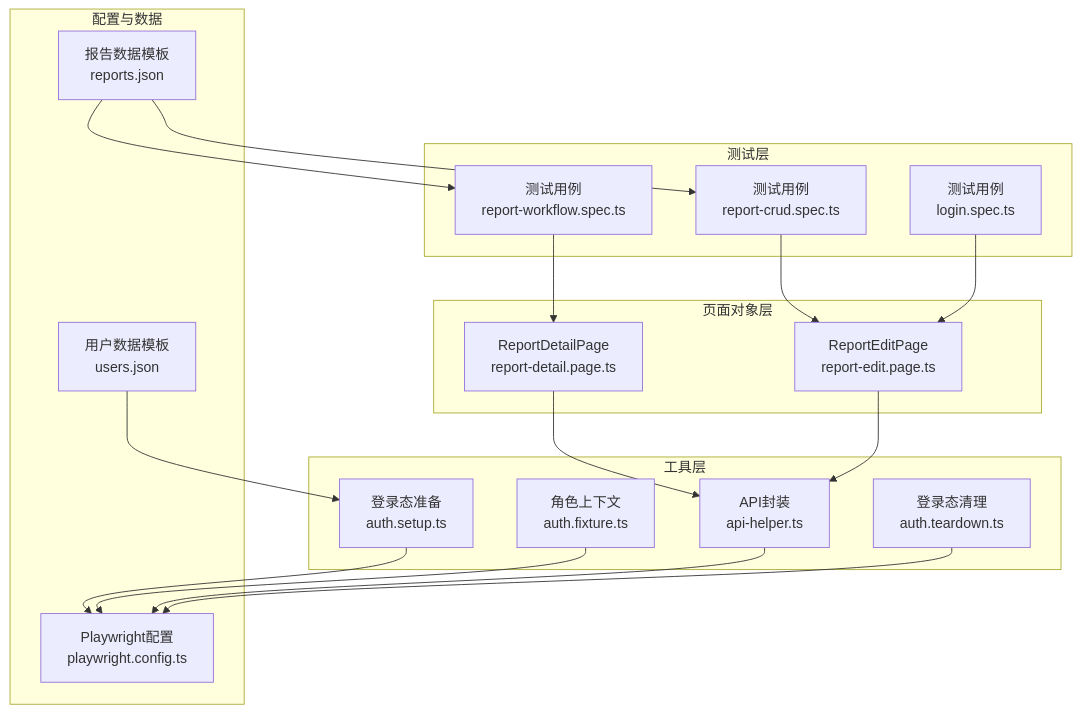
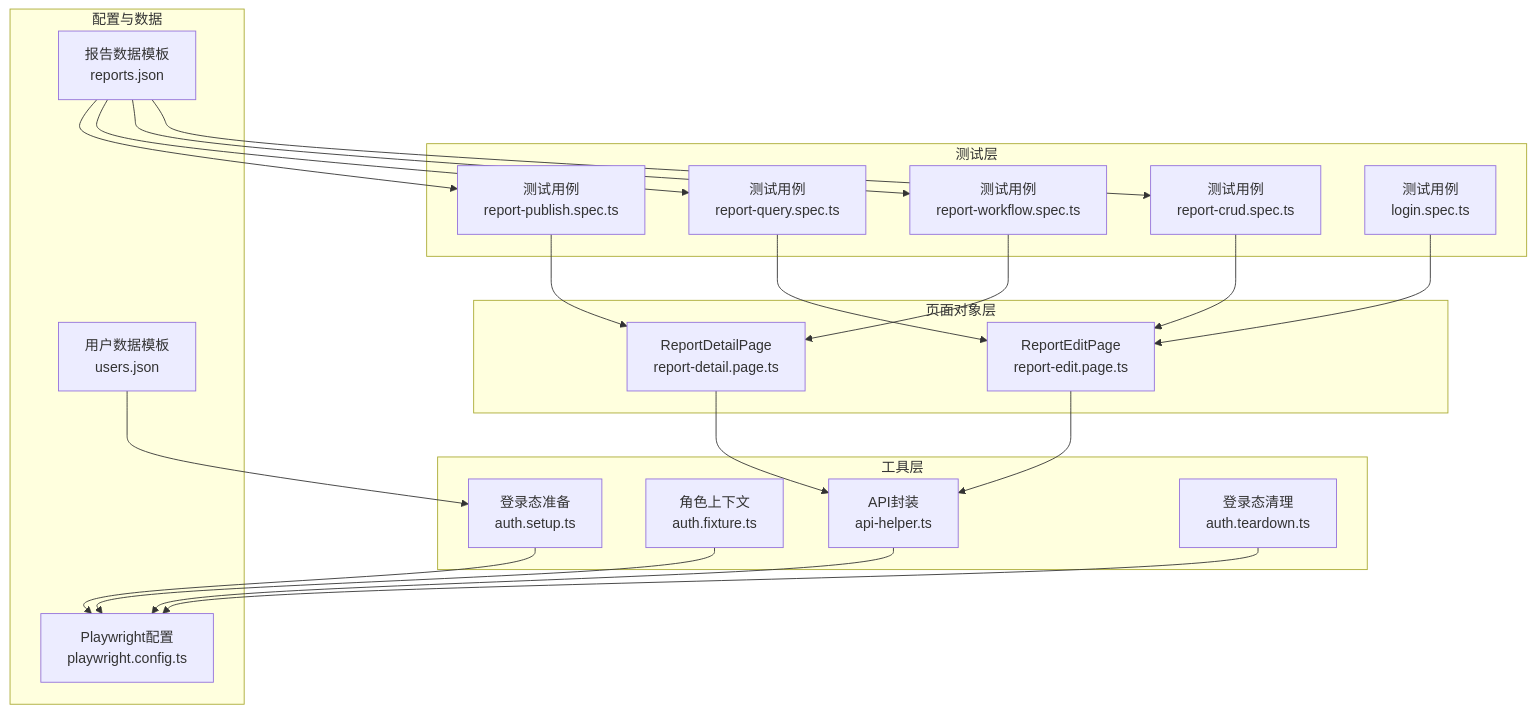
Before and after one commit to zzgoviziwind/--playwright: the first of 7 diagrams in .qoder/repowiki/zh/content/API辅助工具/API调用封装.md, drawn with Mermaid. The commit also changed other lines of this file and 112 other files, not shown here.

````diff
--- a/.qoder/repowiki/zh/content/API辅助工具/API调用封装.md
+++ b/.qoder/repowiki/zh/content/API辅助工具/API调用封装.md
@@ -46,35 +50,41 @@
 ```mermaid
 graph TB
 subgraph "测试层"
 S1["测试用例<br/>report-crud.spec.ts"]
 S2["测试用例<br/>report-workflow.spec.ts"]
-S3["测试用例<br/>login.spec.ts"]
+S3["测试用例<br/>report-query.spec.ts"]
+S4["测试用例<br/>report-publish.spec.ts"]
+S5["测试用例<br/>login.spec.ts"]
 end
 subgraph "页面对象层"
 P1["ReportEditPage<br/>report-edit.page.ts"]
 P2["ReportDetailPage<br/>report-detail.page.ts"]
 end
 subgraph "工具层"
 U1["API封装<br/>api-helper.ts"]
 F1["角色上下文<br/>auth.fixture.ts"]
 F2["登录态准备<br/>auth.setup.ts"]
 F3["登录态清理<br/>auth.teardown.ts"]
 end
 subgraph "配置与数据"
 C1["Playwright配置<br/>playwright.config.ts"]
 D1["报告数据模板<br/>reports.json"]
 D2["用户数据模板<br/>users.json"]
 end
 S1 --> P1
 S2 --> P2
 S3 --> P1
+S4 --> P2
+S5 --> P1
 P1 --> U1
 P2 --> U1
 U1 --> C1
 F1 --> C1
 F2 --> C1
 F3 --> C1
 D1 --> S1
 D1 --> S2
+D1 --> S3
+D1 --> S4
 D2 --> F2
 ```
````
